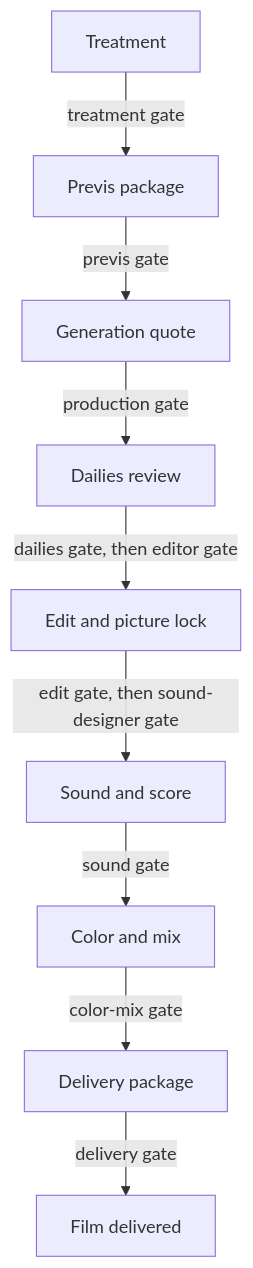
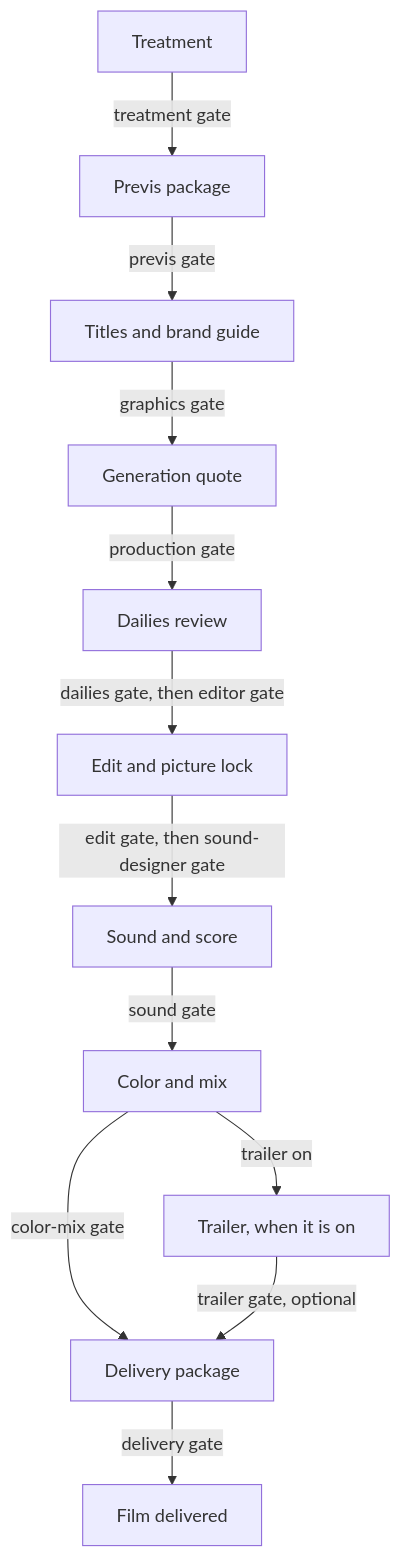
One commit to Roncho512/Movie-swarm changed the second of 2 diagrams in ARCHITECTURE.md. Above: the diagram before and after it, drawn with Mermaid. The commit also changed other lines of this file and 7 other files, not shown here.

````diff
--- a/ARCHITECTURE.md
+++ b/ARCHITECTURE.md
@@ -408,20 +428,25 @@
 ```mermaid
 flowchart TD
   treatment[Treatment]
   previs[Previs package]
+  graphics[Titles and brand guide]
   quote[Generation quote]
   dailies[Dailies review]
   edit[Edit and picture lock]
   sound[Sound and score]
   color[Color and mix]
+  trailer[Trailer, when it is on]
   package[Delivery package]
   delivered[Film delivered]
   treatment -->|treatment gate| previs
-  previs -->|previs gate| quote
+  previs -->|previs gate| graphics
+  graphics -->|graphics gate| quote
   quote -->|production gate| dailies
   dailies -->|dailies gate, then editor gate| edit
   edit -->|edit gate, then sound-designer gate| sound
   sound -->|sound gate| color
   color -->|color-mix gate| package
+  color -->|trailer on| trailer
+  trailer -->|trailer gate, optional| package
   package -->|delivery gate| delivered
 ```
````
